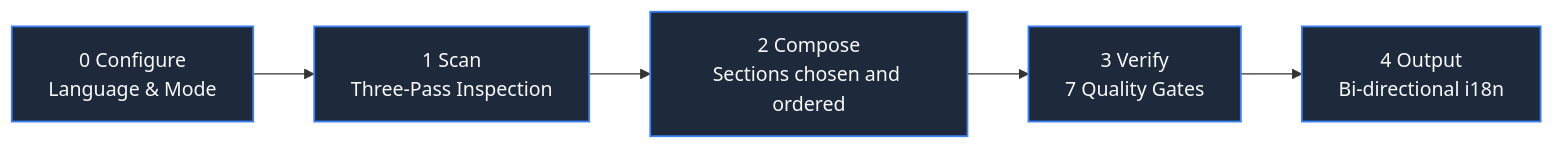
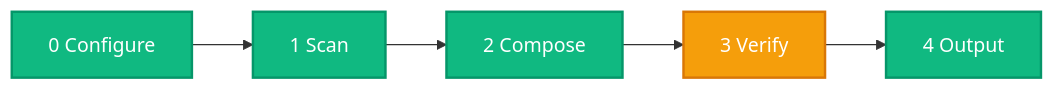
The diagram in README.en.md (LINJIANG12/general-readme-skill), drawn with Mermaid before and after one commit. The commit also changed 3 other files, not shown here.

First line of the commit message:
fix: stop CJK diagram labels overflowing their node boxes

````diff
--- a/README.en.md
+++ b/README.en.md
@@ -136,9 +136,10 @@
 ```mermaid
 flowchart LR
-    P0["0 Configure<br/>Language & Mode"] --> P1["1 Scan<br/>Three-Pass Inspection"]
-    P1 --> P2["2 Compose<br/>Sections chosen and ordered"]
-    P2 --> P3["3 Verify<br/>7 Quality Gates"]
-    P3 --> P4["4 Output<br/>Bi-directional i18n"]
+    P0["0 Configure"] --> P1["1 Scan"] --> P2["2 Compose"] --> P3["3 Verify"] --> P4["4 Output"]
 
-    classDef default fill:#1e293b,stroke:#3b82f6,stroke-width:1.5px,color:#f8fafc;
+    classDef step fill:#10B981,stroke:#059669,color:#fff,stroke-width:2px
+    classDef gate fill:#F59E0B,stroke:#D97706,color:#fff,stroke-width:2px
+
+    class P0,P1,P2,P4 step
+    class P3 gate
 ```
````
